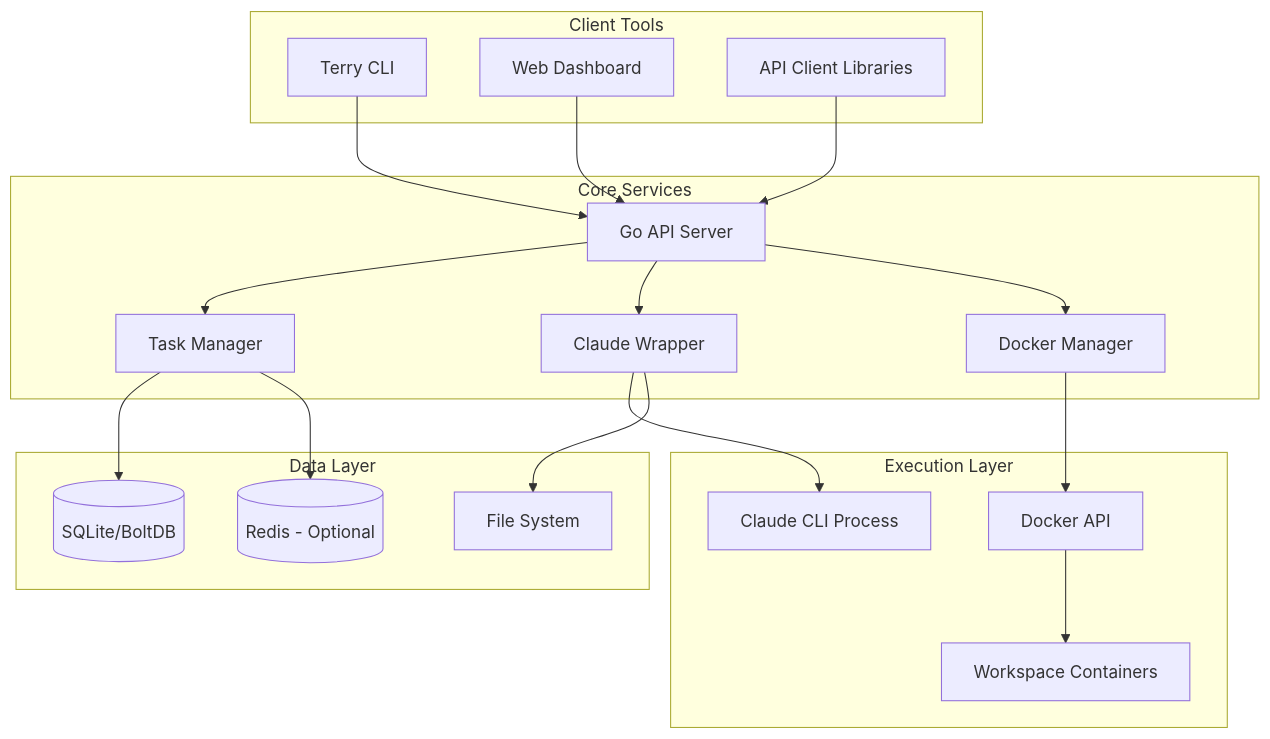
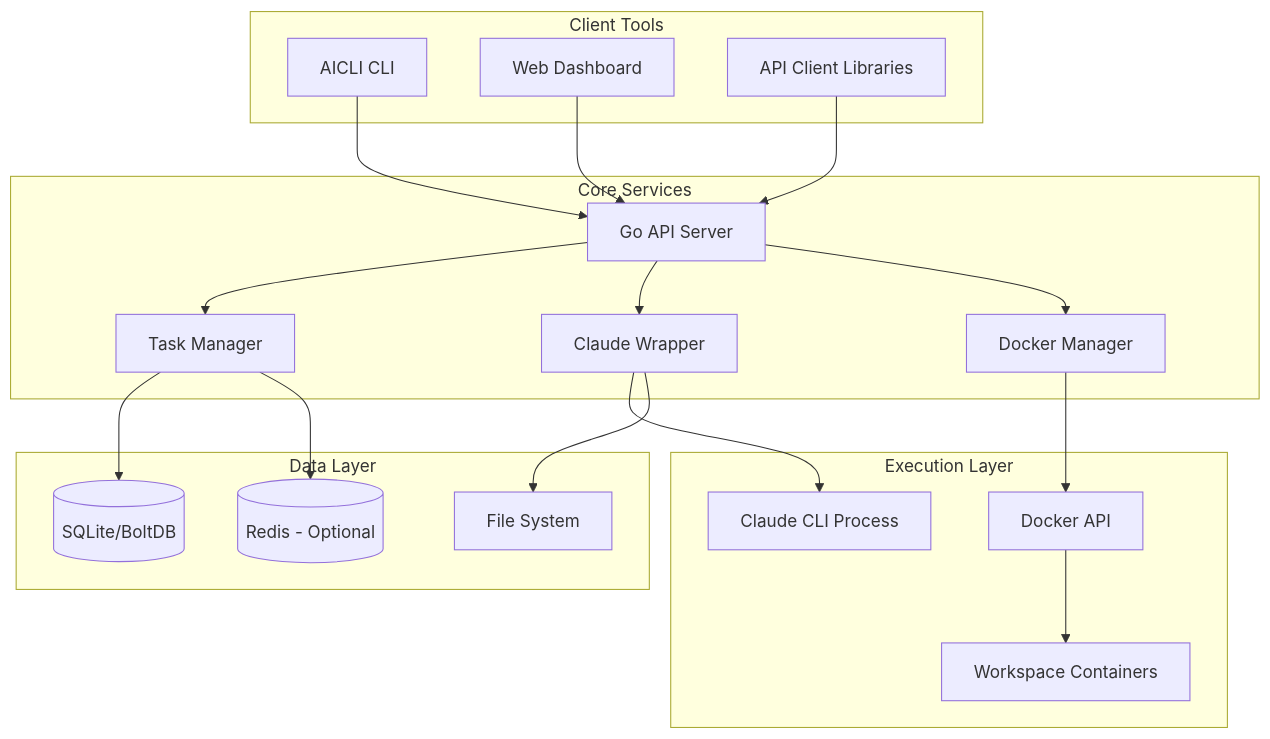
One commit to moonklabs/aicli-web changed the diagram in docs/cli-design/architecture.md. Above: the diagram before and after it, drawn with Mermaid. The commit also changed other lines of this file and 3 other files, not shown here.

````diff
--- a/docs/cli-design/architecture.md
+++ b/docs/cli-design/architecture.md
@@ -7,44 +7,44 @@
 ```mermaid
 graph TB
     subgraph "Client Tools"
-        CLI[Terry CLI]
+        CLI[AICLI CLI]
         WEB[Web Dashboard]
         API_CLIENT[API Client Libraries]
     end
     
     subgraph "Core Services"
         API_SERVER[Go API Server]
         TASK_MANAGER[Task Manager]
         CLAUDE_WRAPPER[Claude Wrapper]
         DOCKER_MGR[Docker Manager]
     end
     
     subgraph "Data Layer"
         SQLITE[(SQLite/BoltDB)]
         REDIS[(Redis - Optional)]
         FILE_STORE[File System]
     end
     
     subgraph "Execution Layer"
         CLAUDE_PROC[Claude CLI Process]
         DOCKER_API[Docker API]
         WORKSPACE[Workspace Containers]
     end
     
     CLI --> API_SERVER
     WEB --> API_SERVER
     API_CLIENT --> API_SERVER
     
     API_SERVER --> TASK_MANAGER
     API_SERVER --> CLAUDE_WRAPPER
     API_SERVER --> DOCKER_MGR
     
     TASK_MANAGER --> SQLITE
     TASK_MANAGER --> REDIS
     
     CLAUDE_WRAPPER --> CLAUDE_PROC
     DOCKER_MGR --> DOCKER_API
     DOCKER_API --> WORKSPACE
     
     CLAUDE_WRAPPER --> FILE_STORE
 ```
````
